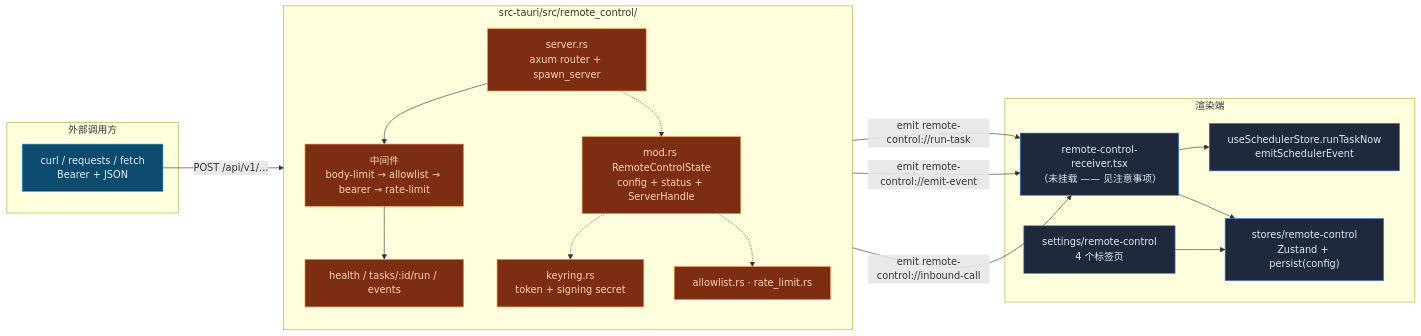
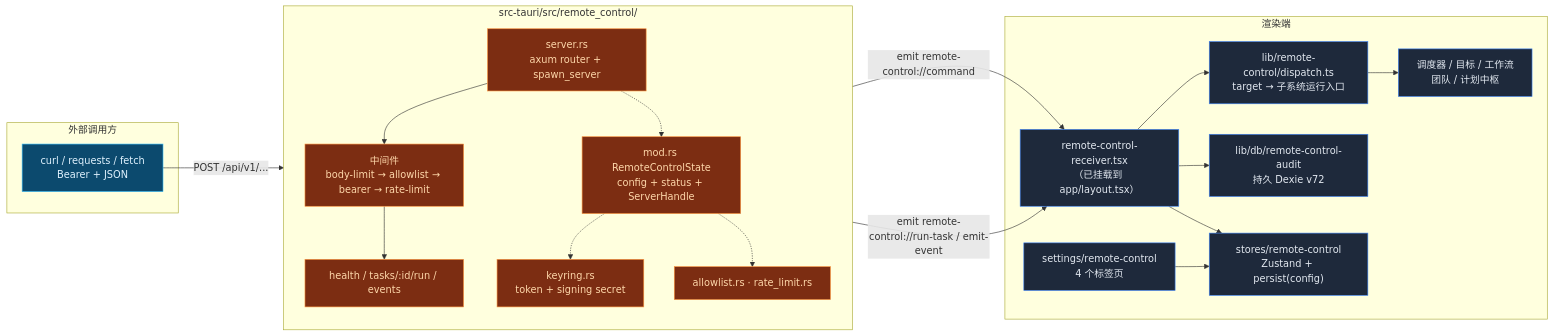
Before and after one commit to MaxQian888/cognia-next: the diagram in docs/content/docs/zh/subsystems/remote-control/index.mdx, drawn with Mermaid. The commit also changed other lines of this file and 1 other file, not shown here.

First line of the commit message:
docs(remote-control): activate the overview page (en + zh)

````diff
--- a/docs/content/docs/zh/subsystems/remote-control/index.mdx
+++ b/docs/content/docs/zh/subsystems/remote-control/index.mdx
@@ -68,42 +60,44 @@
 ```mermaid
 flowchart LR
   subgraph External["外部调用方"]
     Curl["curl / requests / fetch<br/>Bearer + JSON"]
   end
 
   subgraph Rust["src-tauri/src/remote_control/"]
     direction TB
     Server["server.rs<br/>axum router + spawn_server"]
     MW["中间件<br/>body-limit → allowlist → bearer → rate-limit"]
     Routes["health / tasks/:id/run / events"]
     State["mod.rs RemoteControlState<br/>config + status + ServerHandle"]
     KR["keyring.rs<br/>token + signing secret"]
     AL["allowlist.rs · rate_limit.rs"]
   end
 
   subgraph Renderer["渲染端"]
-    Recv["remote-control-receiver.tsx<br/>（未挂载 —— 见注意事项）"]
+    Recv["remote-control-receiver.tsx<br/>（已挂载到 app/layout.tsx）"]
+    Disp["lib/remote-control/dispatch.ts<br/>target → 子系统运行入口"]
     Store["stores/remote-control<br/>Zustand + persist(config)"]
-    Sched["useSchedulerStore.runTaskNow<br/>emitSchedulerEvent"]
+    Sched["调度器 / 目标 / 工作流<br/>团队 / 计划中枢"]
+    Audit["lib/db/remote-control-audit<br/>持久 Dexie v72"]
     UI["settings/remote-control<br/>4 个标签页"]
   end
 
   Curl -->|"POST /api/v1/..."| Server
   Server --> MW --> Routes
-  Routes -->|"emit remote-control://run-task"| Recv
-  Routes -->|"emit remote-control://emit-event"| Recv
-  Routes -->|"emit remote-control://inbound-call"| Recv
-  Recv --> Sched
+  Routes -->|"emit remote-control://command"| Recv
+  Routes -->|"emit remote-control://run-task / emit-event"| Recv
+  Recv --> Disp --> Sched
+  Recv --> Audit
   Recv --> Store
   UI --> Store
   Server -.-> State
   State -.-> KR
   State -.-> AL
 
   classDef rust fill:#7c2d12,stroke:#fb923c,color:#fed7aa
   classDef ts fill:#1e293b,stroke:#3b82f6,color:#e2e8f0
   classDef ext fill:#0c4a6e,stroke:#38bdf8,color:#e0f2fe
   class Server,MW,Routes,State,KR,AL rust
-  class Recv,Store,Sched,UI ts
+  class Recv,Disp,Store,Sched,Audit,UI ts
   class Curl ext
 ```
````
